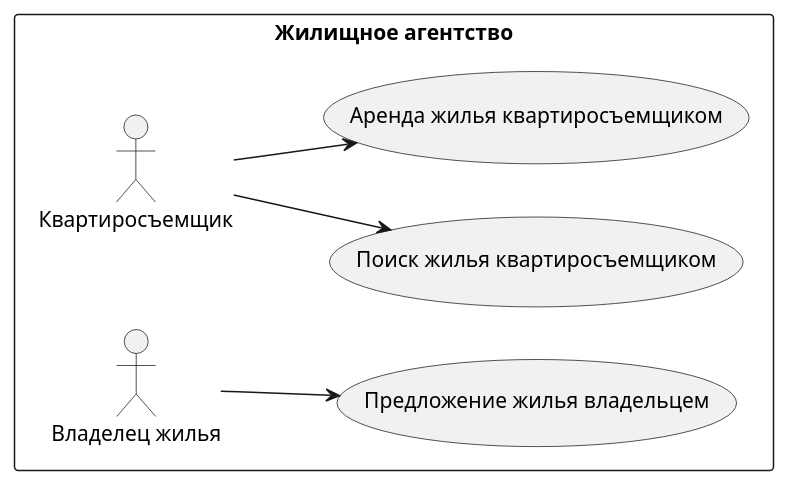
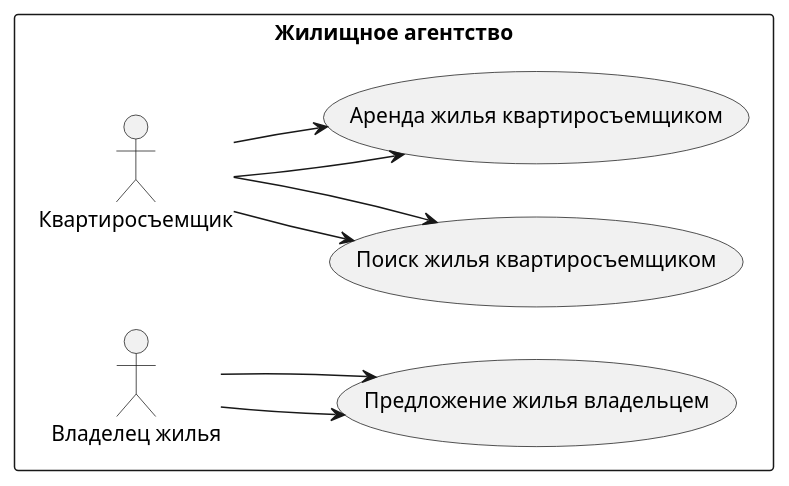
The diagram in diagramma.wsd (coolkrya/praktika_1), drawn with PlantUML before and after one commit.

```diff
--- a/diagramma.wsd
+++ b/diagramma.wsd
@@ -1,18 +1,32 @@
 @startuml Agency
 
 left to right direction
 skinparam packageStyle rectangle
 
 rectangle "Жилищное агентство" {
     usecase (Поиск жилья квартиросъемщиком) as search
     usecase (Аренда жилья квартиросъемщиком) as rent
     usecase (Предложение жилья владельцем) as offer
 
     actor Квартиросъемщик as tenant
     actor :Владелец жилья: as owner
 
     tenant --> search
     tenant --> rent
     owner --> offer
 }
+
+rectangle "Жилищное агентство" {
+    usecase (Поиск жилья квартиросъемщиком) as search
+    usecase (Аренда жилья квартиросъемщиком) as rent
+    usecase (Предложение жилья владельцем) as offer
+
+    actor Квартиросъемщик as tenant
+    actor :Владелец жилья: as owner
+
+    tenant --> search
+    tenant --> rent
+    owner --> offer
+}
+
 @enduml
```
